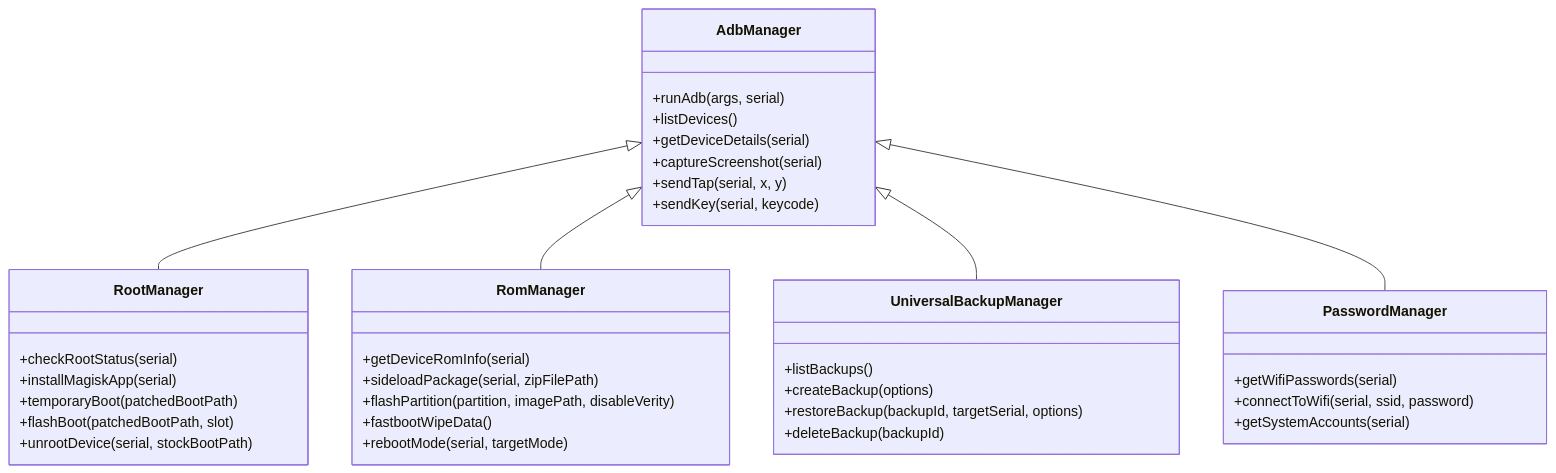
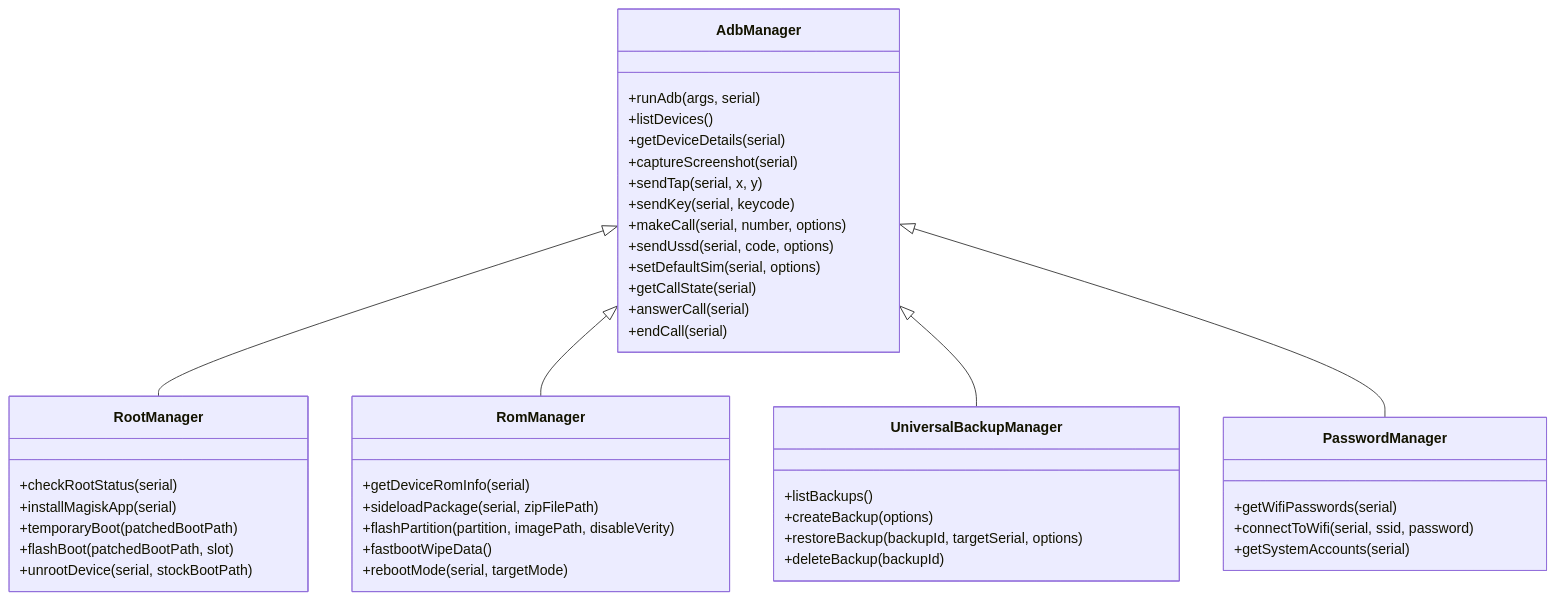
One commit to taimazus/CellPhoneManager changed the second of 2 diagrams in docs/ARCHITECTURE.md. Above: the diagram before and after it, drawn with Mermaid. The commit also changed 3 other files, not shown here.

Commit message:
docs: synchronize English, Persian, and architectural specifications with latest features

````diff
--- a/docs/ARCHITECTURE.md
+++ b/docs/ARCHITECTURE.md
@@ -41,45 +41,51 @@
 ```mermaid
 classDiagram
     class AdbManager {
         +runAdb(args, serial)
         +listDevices()
         +getDeviceDetails(serial)
         +captureScreenshot(serial)
         +sendTap(serial, x, y)
         +sendKey(serial, keycode)
+        +makeCall(serial, number, options)
+        +sendUssd(serial, code, options)
+        +setDefaultSim(serial, options)
+        +getCallState(serial)
+        +answerCall(serial)
+        +endCall(serial)
     }
 
     class RootManager {
         +checkRootStatus(serial)
         +installMagiskApp(serial)
         +temporaryBoot(patchedBootPath)
         +flashBoot(patchedBootPath, slot)
         +unrootDevice(serial, stockBootPath)
     }
 
     class RomManager {
         +getDeviceRomInfo(serial)
         +sideloadPackage(serial, zipFilePath)
         +flashPartition(partition, imagePath, disableVerity)
         +fastbootWipeData()
         +rebootMode(serial, targetMode)
     }
 
     class UniversalBackupManager {
         +listBackups()
         +createBackup(options)
         +restoreBackup(backupId, targetSerial, options)
         +deleteBackup(backupId)
     }
 
     class PasswordManager {
         +getWifiPasswords(serial)
         +connectToWifi(serial, ssid, password)
         +getSystemAccounts(serial)
     }
 
     AdbManager <|-- RootManager
     AdbManager <|-- RomManager
     AdbManager <|-- UniversalBackupManager
     AdbManager <|-- PasswordManager
 ```
````
